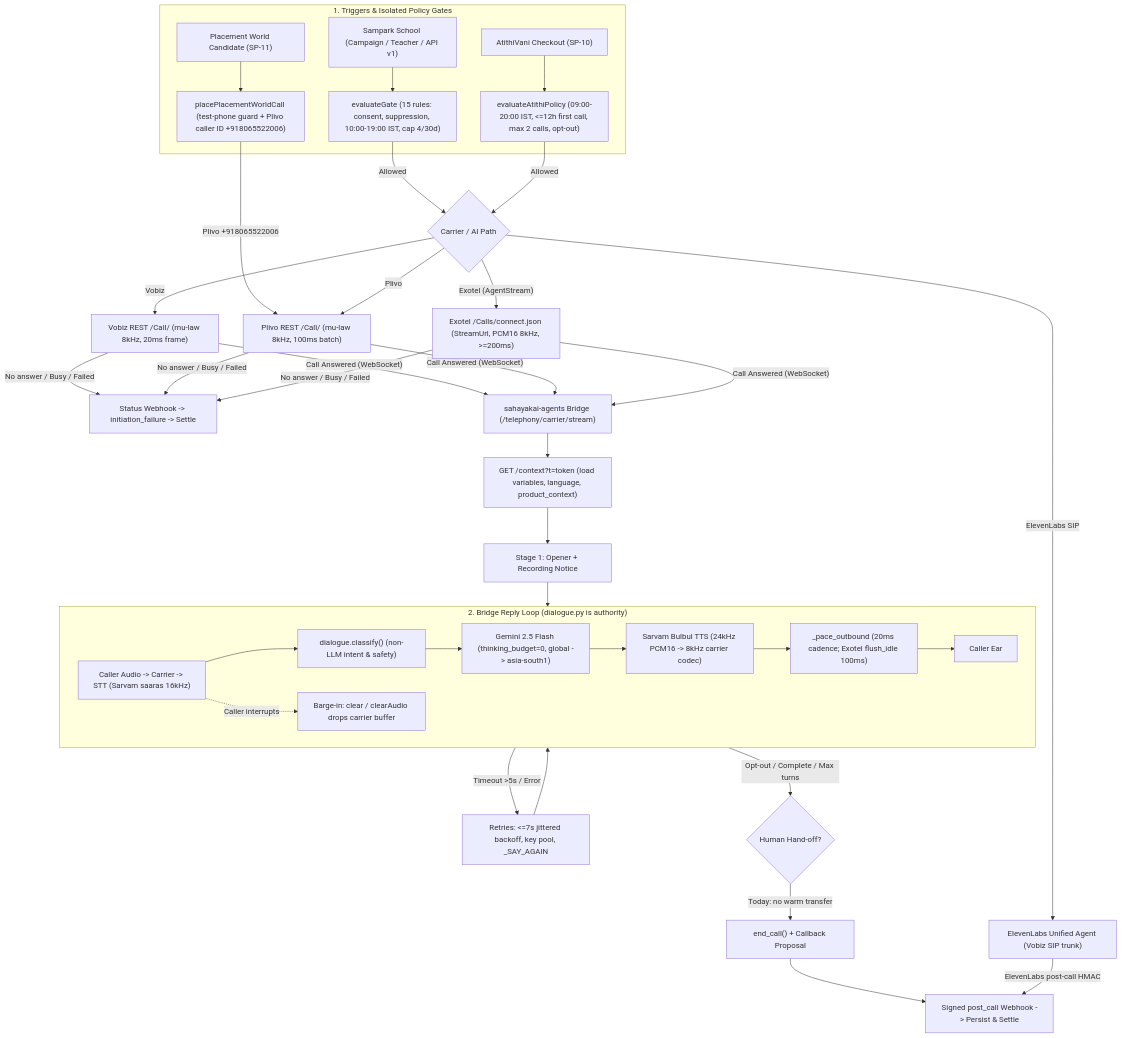
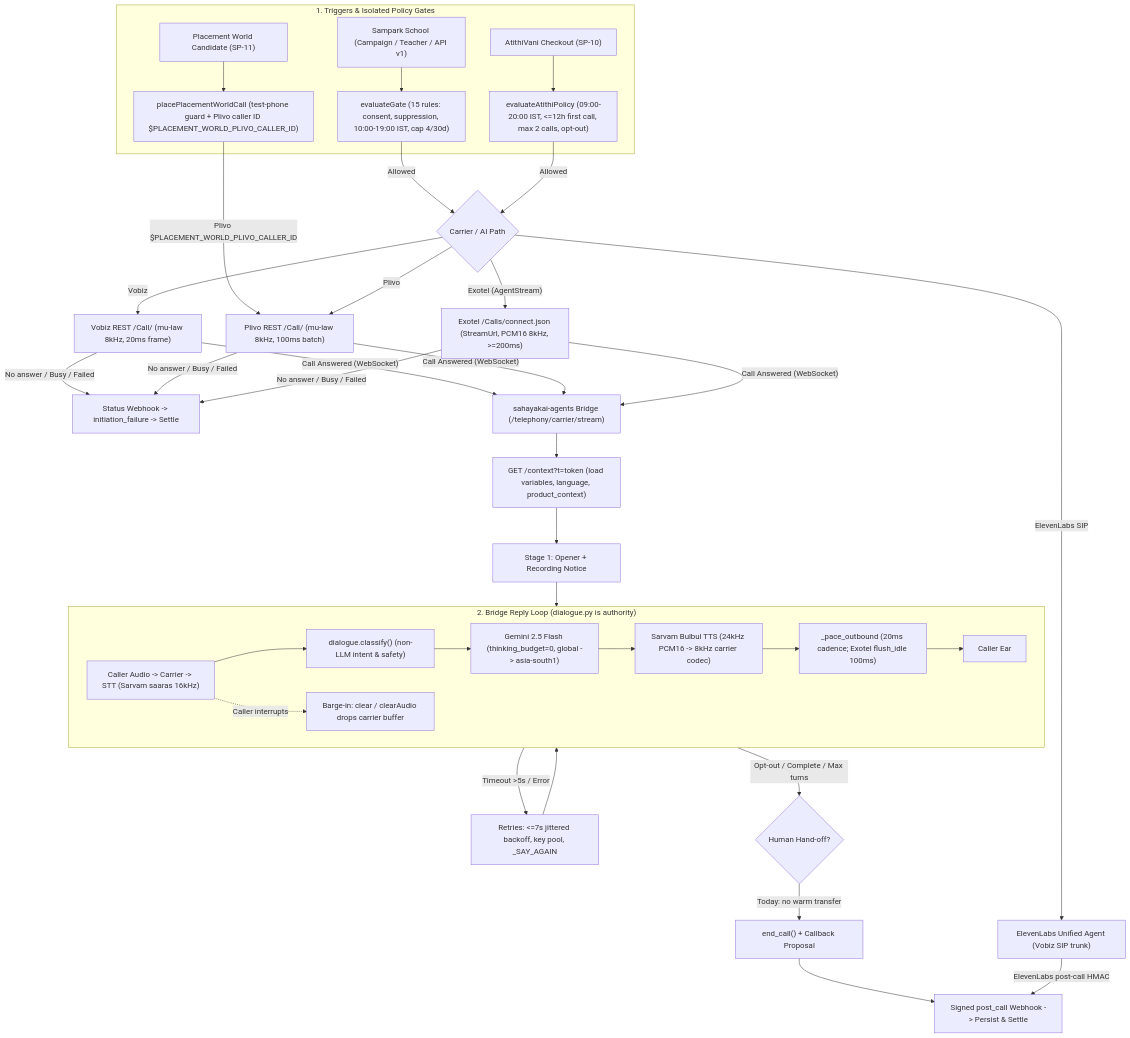
Before and after one commit to sargupta/sahayakai: the first of 3 diagrams in sahayakai-main/docs/sampark/CALL_FLOW_ONEPAGER.md, drawn with Mermaid. The commit also changed 11 other files, not shown here.

Commit message:
fix(sampark): read test/caller phone numbers from env and register Placement World in dial gate

````diff
--- a/sahayakai-main/docs/sampark/CALL_FLOW_ONEPAGER.md
+++ b/sahayakai-main/docs/sampark/CALL_FLOW_ONEPAGER.md
@@ -10,41 +10,41 @@
 ```mermaid
 flowchart TD
     subgraph TRIG ["1. Triggers & Isolated Policy Gates"]
         TS["Sampark School (Campaign / Teacher / API v1)"] --> GS["evaluateGate (15 rules: consent, suppression, 10:00-19:00 IST, cap 4/30d)"]
         TA["AtithiVani Checkout (SP-10)"] --> GA["evaluateAtithiPolicy (09:00-20:00 IST, <=12h first call, max 2 calls, opt-out)"]
-        TP["Placement World Candidate (SP-11)"] --> GP["placePlacementWorldCall (test-phone guard + Plivo caller ID +918065522006)"]
+        TP["Placement World Candidate (SP-11)"] --> GP["placePlacementWorldCall (test-phone guard + Plivo caller ID $PLACEMENT_WORLD_PLIVO_CALLER_ID)"]
     end
 
     GS -->|Allowed| SEL{"Carrier / AI Path"}
     GA -->|Allowed| SEL
-    GP -->|"Plivo +918065522006"| PL["Plivo REST /Call/ (mu-law 8kHz, 100ms batch)"]
+    GP -->|"Plivo $PLACEMENT_WORLD_PLIVO_CALLER_ID"| PL["Plivo REST /Call/ (mu-law 8kHz, 100ms batch)"]
 
     SEL -->|"Vobiz"| VB["Vobiz REST /Call/ (mu-law 8kHz, 20ms frame)"]
     SEL -->|"Plivo"| PL
     SEL -->|"Exotel (AgentStream)"| EX["Exotel /Calls/connect.json (StreamUrl, PCM16 8kHz, >=200ms)"]
     SEL -->|"ElevenLabs SIP"| EL["ElevenLabs Unified Agent (Vobiz SIP trunk)"]
 
     VB & PL & EX -->|"No answer / Busy / Failed"| FAIL["Status Webhook -> initiation_failure -> Settle"]
     VB & PL & EX -->|"Call Answered (WebSocket)"| BR["sahayakai-agents Bridge (/telephony/carrier/stream)"]
 
     BR --> CTX["GET /context?t=token (load variables, language, product_context)"]
     CTX --> OP["Stage 1: Opener + Recording Notice"]
 
     subgraph LOOP ["2. Bridge Reply Loop (dialogue.py is authority)"]
         IN["Caller Audio -> Carrier -> STT (Sarvam saaras 16kHz)"] --> CL["dialogue.classify() (non-LLM intent & safety)"]
         CL --> LLM["Gemini 2.5 Flash (thinking_budget=0, global -> asia-south1)"]
         LLM --> TTS["Sarvam Bulbul TTS (24kHz PCM16 -> 8kHz carrier codec)"]
         TTS --> PACE["_pace_outbound (20ms cadence; Exotel flush_idle 100ms)"]
         PACE --> EAR["Caller Ear"]
         IN -.->|"Caller interrupts"| BI["Barge-in: clear / clearAudio drops carrier buffer"]
     end
 
     OP --> LOOP
     LOOP -->|"Timeout >5s / Error"| RET["Retries: <=7s jittered backoff, key pool, _SAY_AGAIN"]
     RET --> LOOP
 
     LOOP -->|"Opt-out / Complete / Max turns"| HO{"Human Hand-off?"}
     HO -->|"Today: no warm transfer"| CB["end_call() + Callback Proposal"]
     CB --> POST["Signed post_call Webhook -> Persist & Settle"]
     EL -->|"ElevenLabs post-call HMAC"| POST
 ```
````
